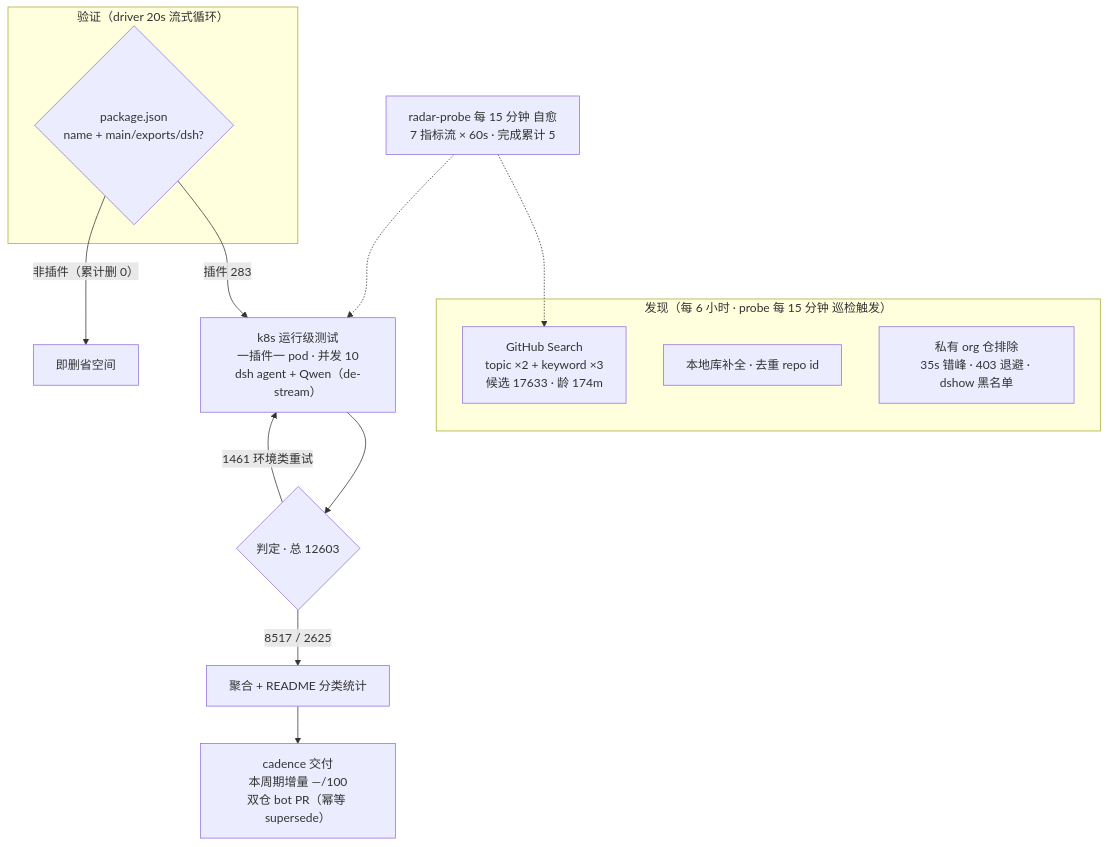
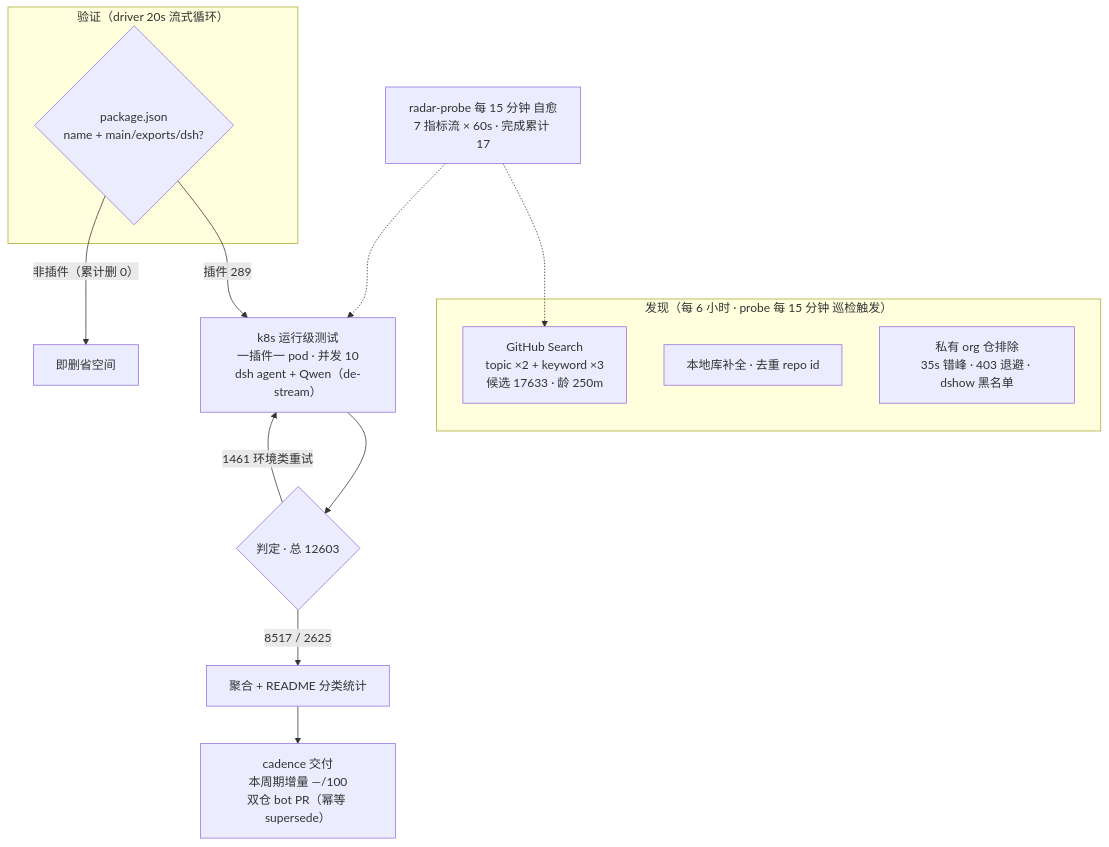
Before and after one commit to AdamPlatin123/awesome-dsh-plugins: the diagram in README.md, drawn with Mermaid. The commit also changed other lines of this file and 5 other files, not shown here.

````diff
--- a/README.md
+++ b/README.md
@@ -52,20 +52,20 @@
 ```mermaid
 flowchart TB
     subgraph Discovery["发现（每 6 小时 · probe 每 15 分钟 巡检触发）"]
-        A1["GitHub Search<br/>topic ×2 + keyword ×3<br/>候选 17633 · 龄 174m"]
+        A1["GitHub Search<br/>topic ×2 + keyword ×3<br/>候选 17633 · 龄 250m"]
         A2["本地库补全 · 去重 repo id"]
         A3["私有 org 仓排除<br/>35s 错峰 · 403 退避 · dshow 黑名单"]
     end
     subgraph Validation["验证（driver 20s 流式循环）"]
         B1{"package.json<br/>name + main/exports/dsh?"}
     end
-    B1 -->|"插件 283"| C1["k8s 运行级测试<br/>一插件一 pod · 并发 10<br/>dsh agent + Qwen（de-stream）"]
+    B1 -->|"插件 289"| C1["k8s 运行级测试<br/>一插件一 pod · 并发 10<br/>dsh agent + Qwen（de-stream）"]
     B1 -->|"非插件（累计删 0）"| B3["即删省空间"]
     C1 --> D1{"判定 · 总 12603"}
     D1 -->|"8517 / 2625"| E1["聚合 + README 分类统计"]
     D1 -->|"1461 环境类重试"| C1
     E1 --> E2["cadence 交付<br/>本周期增量 —/100<br/>双仓 bot PR（幂等 supersede）"]
-    M["radar-probe 每 15 分钟 自愈<br/>7 指标流 × 60s · 完成累计 5"]
+    M["radar-probe 每 15 分钟 自愈<br/>7 指标流 × 60s · 完成累计 17"]
     M -.-> A1
     M -.-> C1
 ```
````
